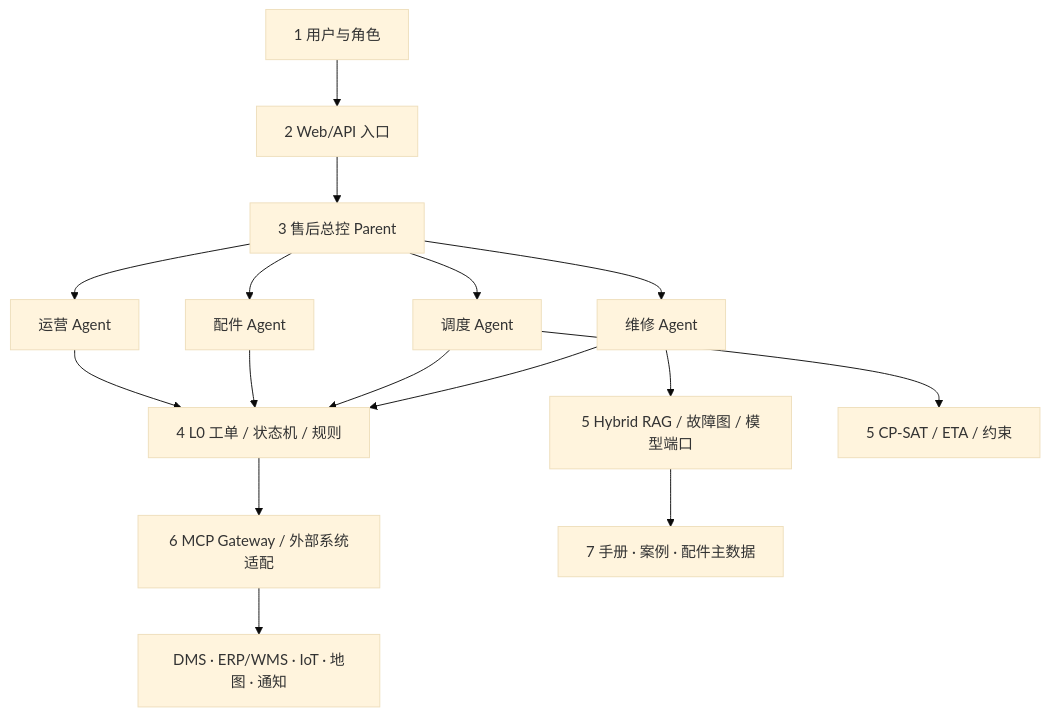
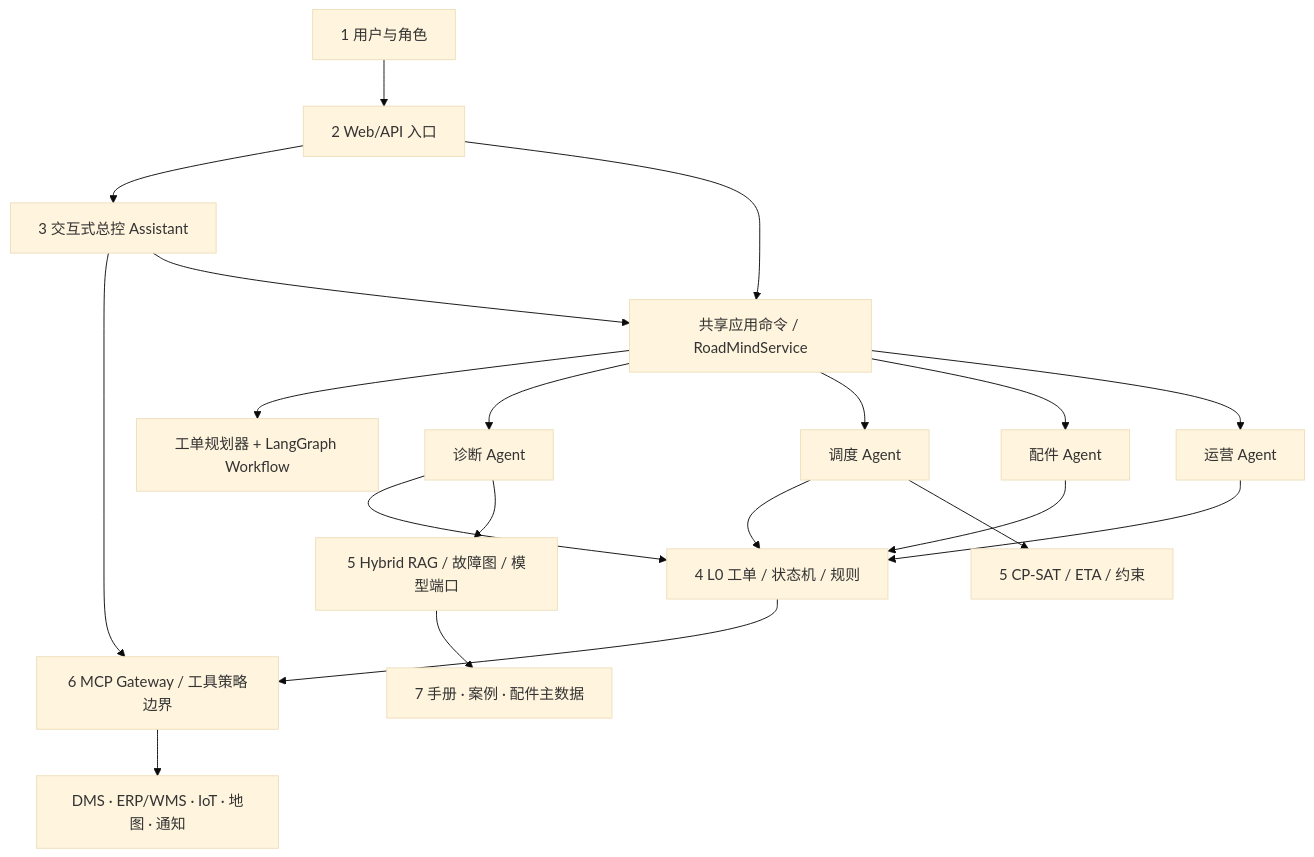
Before and after one commit to lw9335/AI-Car: the first of 2 diagrams in docs/explanation/总体架构与七层映射.md, drawn with Mermaid (base theme). The commit also changed other lines of this file and 90 other files, not shown here.

````diff
--- a/docs/explanation/总体架构与七层映射.md
+++ b/docs/explanation/总体架构与七层映射.md
@@ -9,15 +9,19 @@
 ```mermaid
 flowchart TB
   U["1 用户与角色"] --> E["2 Web/API 入口"]
-  E --> P["3 售后总控 Parent"]
-  P --> M["维修 Agent"]
-  P --> D["调度 Agent"]
-  P --> S["配件 Agent"]
-  P --> O["运营 Agent"]
+  E --> A["3 交互式总控 Assistant"]
+  A --> G["6 MCP Gateway / 工具策略边界"]
+  A --> C["共享应用命令 / RoadMindService"]
+  E --> C
+  C --> W["工单规划器 + LangGraph Workflow"]
+  C --> M["诊断 Agent"]
+  C --> D["调度 Agent"]
+  C --> S["配件 Agent"]
+  C --> O["运营 Agent"]
   M & D & S & O --> L0["4 L0 工单 / 状态机 / 规则"]
   M --> AI["5 Hybrid RAG / 故障图 / 模型端口"]
   D --> OPT["5 CP-SAT / ETA / 约束"]
-  L0 --> G["6 MCP Gateway / 外部系统适配"]
+  L0 --> G
   G --> SYS["DMS · ERP/WMS · IoT · 地图 · 通知"]
   AI --> K["7 手册 · 案例 · 配件主数据"]
 ```
````
